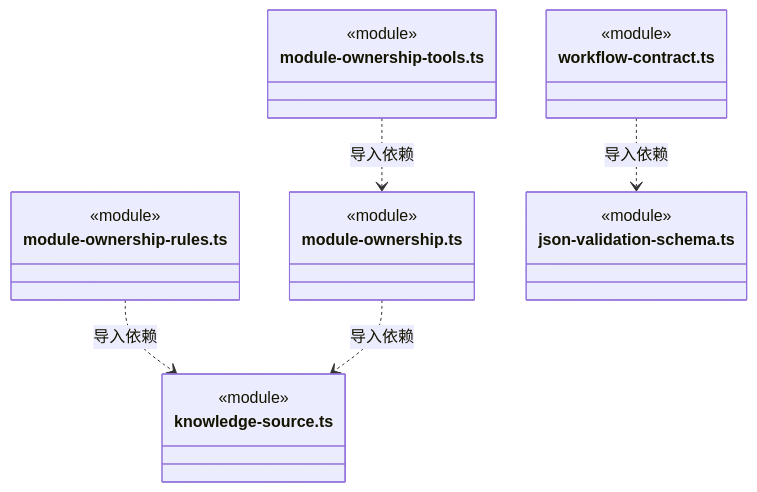
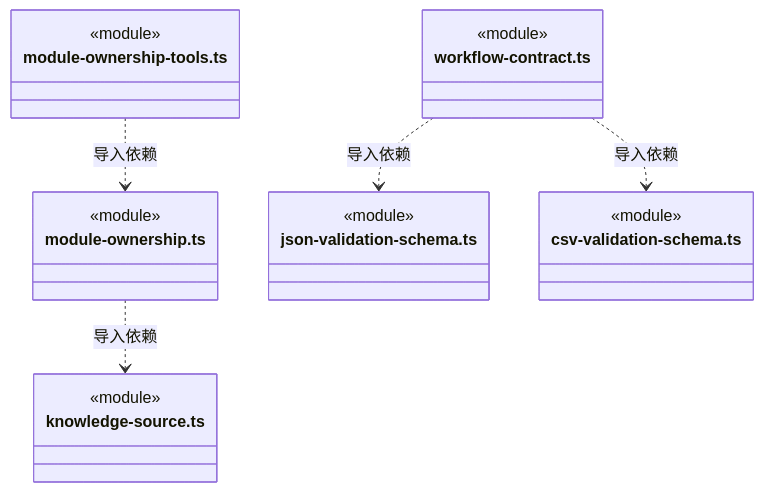
One commit to nan023062/cbim changed diagram 36 of 37 in src/backend/core/workspace/ARCHITECTURE.md. Above: the diagram before and after it, drawn with Mermaid. The commit also changed other lines of this file and 971 other files, not shown here.

First line of the commit message:
refactor: align backend source layout with V&B module boundaries

````diff
--- a/src/backend/core/workspace/ARCHITECTURE.md
+++ b/src/backend/core/workspace/ARCHITECTURE.md
@@ -824,25 +800,25 @@
 ```mermaid
 classDiagram
-class N_src_backend_core_workspace_module_ownership_rules_ts["module-ownership-rules.ts"] {
-  <<module>>
-}
-class N_src_backend_core_workspace_knowledge_source_ts["knowledge-source.ts"] {
-  <<module>>
-}
 class N_src_backend_core_workspace_module_ownership_tools_ts["module-ownership-tools.ts"] {
   <<module>>
 }
 class N_src_backend_core_workspace_module_ownership_ts["module-ownership.ts"] {
+  <<module>>
+}
+class N_src_backend_core_workspace_knowledge_source_ts["knowledge-source.ts"] {
   <<module>>
 }
 class N_src_backend_core_workspace_workflow_contract_ts["workflow-contract.ts"] {
   <<module>>
 }
 class N_src_backend_core_workspace_json_validation_schema_ts["json-validation-schema.ts"] {
   <<module>>
 }
-N_src_backend_core_workspace_module_ownership_rules_ts ..> N_src_backend_core_workspace_knowledge_source_ts : 导入依赖
+class N_src_backend_core_workspace_csv_validation_schema_ts["csv-validation-schema.ts"] {
+  <<module>>
+}
 N_src_backend_core_workspace_module_ownership_tools_ts ..> N_src_backend_core_workspace_module_ownership_ts : 导入依赖
 N_src_backend_core_workspace_module_ownership_ts ..> N_src_backend_core_workspace_knowledge_source_ts : 导入依赖
 N_src_backend_core_workspace_workflow_contract_ts ..> N_src_backend_core_workspace_json_validation_schema_ts : 导入依赖
+N_src_backend_core_workspace_workflow_contract_ts ..> N_src_backend_core_workspace_csv_validation_schema_ts : 导入依赖
 ```
````
